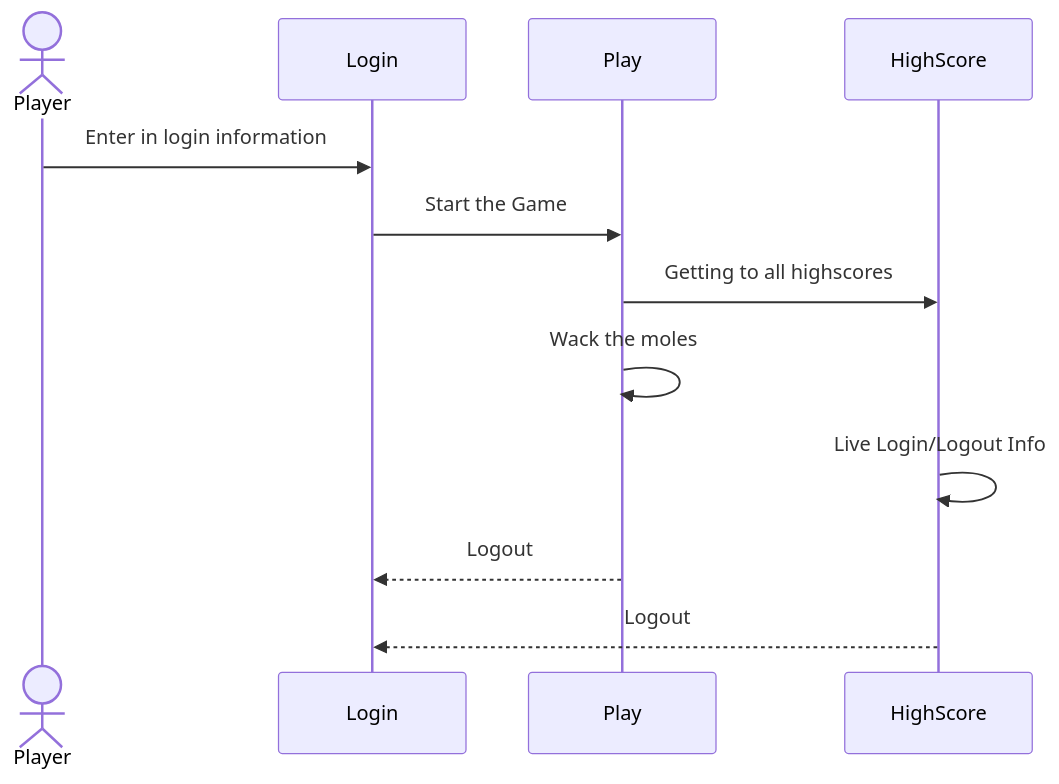
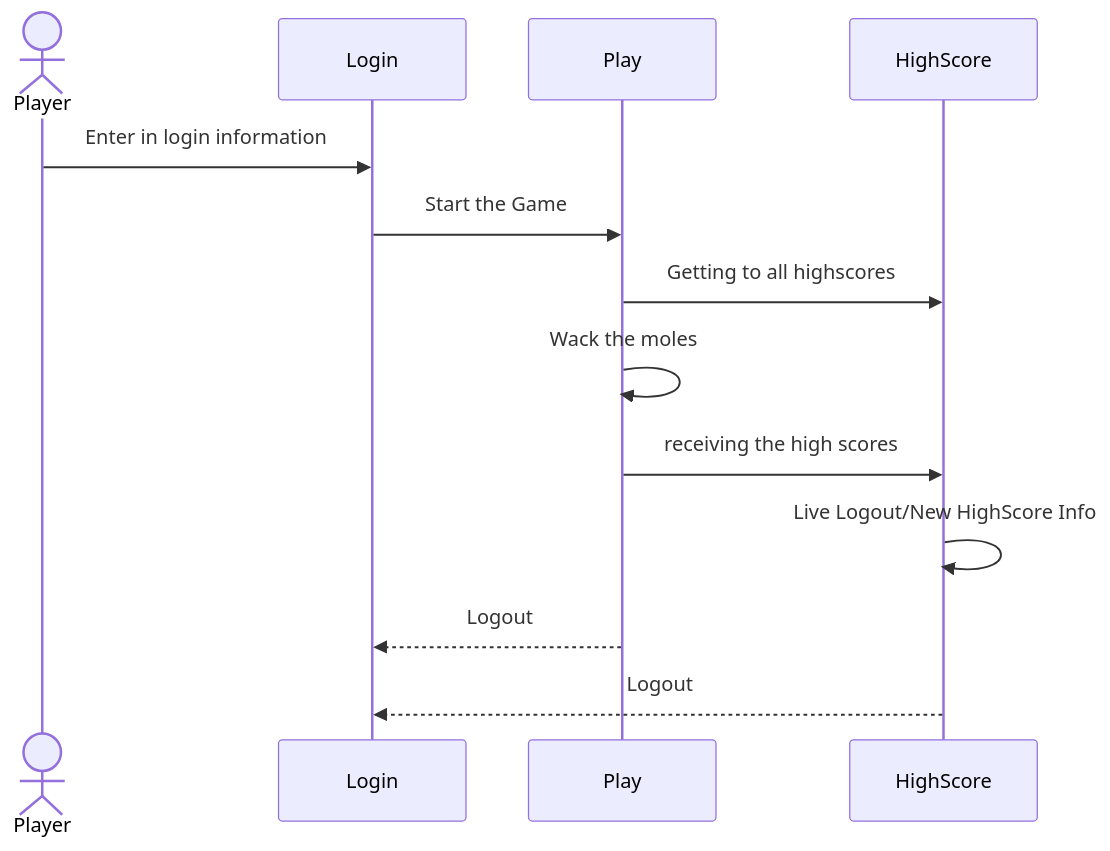
One commit to ChloeWarner03/startup changed the diagram in README.md. Above: the diagram before and after it, drawn with Mermaid.

Commit message:
Update README.md
more diagram and spelling checks

````diff
--- a/README.md
+++ b/README.md
@@ -35,11 +35,12 @@
 ```mermaid
 sequenceDiagram
     actor Player
     Player->>Login: Enter in login information
     Login ->>Play: Start the Game
     Play ->>HighScore: Getting to all highscores
     Play ->>Play: Wack the moles
-    HighScore ->>HighScore: Live Login/Logout Info
+    Play ->>HighScore: receiving the high scores
+    HighScore ->>HighScore: Live Logout/New HighScore Info
     Play -->>Login: Logout
     HighScore -->>Login: Logout
 ```
````
